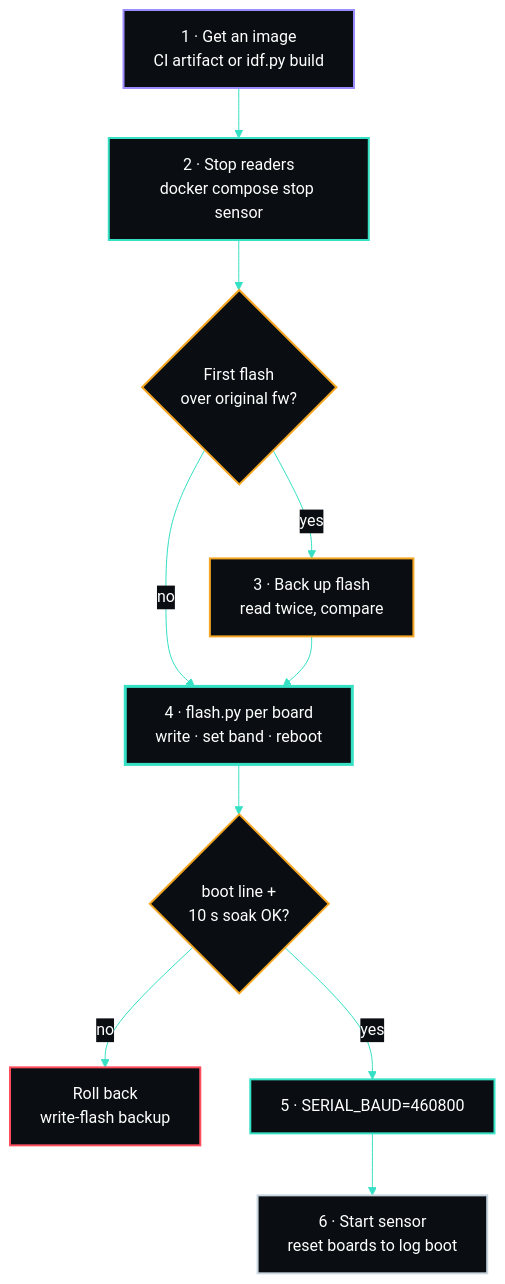
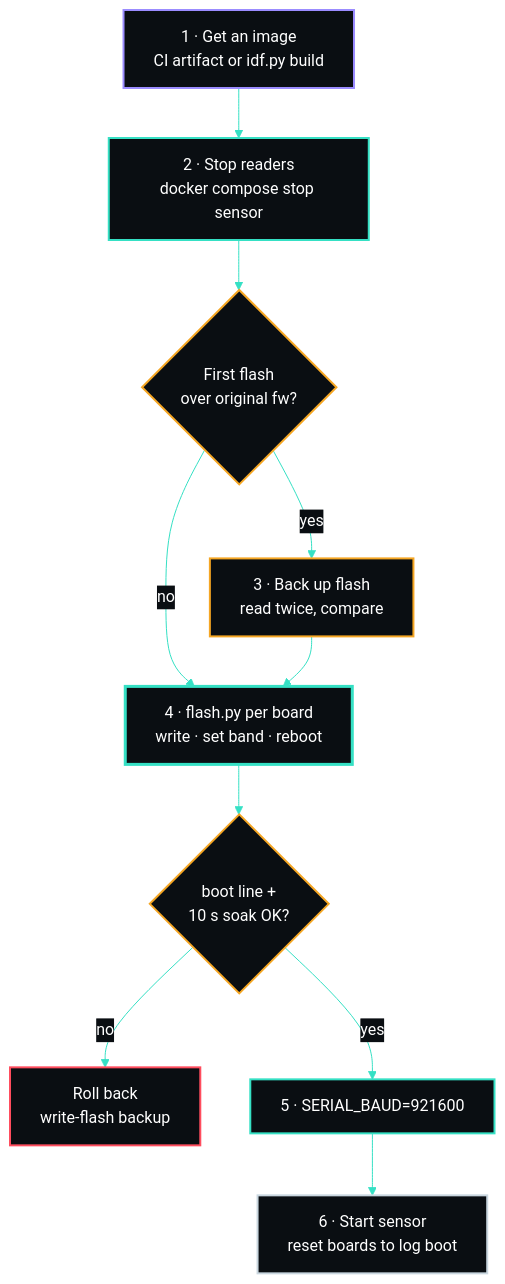
Before and after one commit to gurvinny/spectre: the first of 2 diagrams in docs/flashing.md, drawn with Mermaid. The commit also changed other lines of this file and 17 other files, not shown here.

````diff
--- a/docs/flashing.md
+++ b/docs/flashing.md
@@ -11,48 +11,48 @@
 ```mermaid
 %%{init: {
   'theme': 'base',
   'themeVariables': {
     'primaryColor': '#0a0e12',
     'primaryTextColor': '#fff',
     'primaryBorderColor': '#35E0C4',
     'lineColor': '#35E0C4',
     'secondaryColor': '#0a0e12',
     'tertiaryColor': '#0a0e12',
     'actorBkg': '#0a0e12',
     'actorBorder': '#35E0C4',
     'actorTextColor': '#fff',
     'signalColor': '#35E0C4',
     'signalTextColor': '#6B7C8C',
     'noteBkgColor': '#0a0e12',
     'noteBorderColor': '#9B8CFF',
     'noteTextColor': '#C9D6DF',
     'labelBoxBkgColor': '#0a0e12',
     'labelBoxBorderColor': '#9B8CFF',
     'labelTextColor': '#fff',
     'loopTextColor': '#6B7C8C',
     'activationBkgColor': '#11171d',
     'activationBorderColor': '#35E0C4',
     'fontFamily': 'monospace'
   }
 }}%%
 flowchart TB
     G["1 · Get an image<br/>CI artifact or idf.py build"] --> X["2 · Stop readers<br/>docker compose stop sensor"]
     X --> K{"First flash<br/>over original fw?"}
     K -- "yes" --> BK["3 · Back up flash<br/>read twice, compare"]
     K -- "no" --> F
     BK --> F["4 · flash.py per board<br/>write · set band · reboot"]
     F --> V{"boot line +<br/>10 s soak OK?"}
     V -- "no" --> RB["Roll back<br/>write-flash backup"]
-    V -- "yes" --> BD["5 · SERIAL_BAUD=460800"]
+    V -- "yes" --> BD["5 · SERIAL_BAUD=921600"]
     BD --> U["6 · Start sensor<br/>reset boards to log boot"]
 
     style G fill:#0a0e12,stroke:#9B8CFF,stroke-width:2px,color:#fff
     style X fill:#0a0e12,stroke:#35E0C4,stroke-width:2px,color:#fff
     style K fill:#0a0e12,stroke:#F5A623,stroke-width:2px,color:#fff
     style BK fill:#0a0e12,stroke:#F5A623,stroke-width:2px,color:#fff
     style F fill:#0a0e12,stroke:#35E0C4,stroke-width:3px,color:#fff
     style V fill:#0a0e12,stroke:#F5A623,stroke-width:2px,color:#fff
     style RB fill:#0a0e12,stroke:#FF4D5E,stroke-width:2px,color:#fff
     style BD fill:#0a0e12,stroke:#35E0C4,stroke-width:2px,color:#fff
     style U fill:#0a0e12,stroke:#C9D6DF,stroke-width:2px,color:#fff
 ```
````
